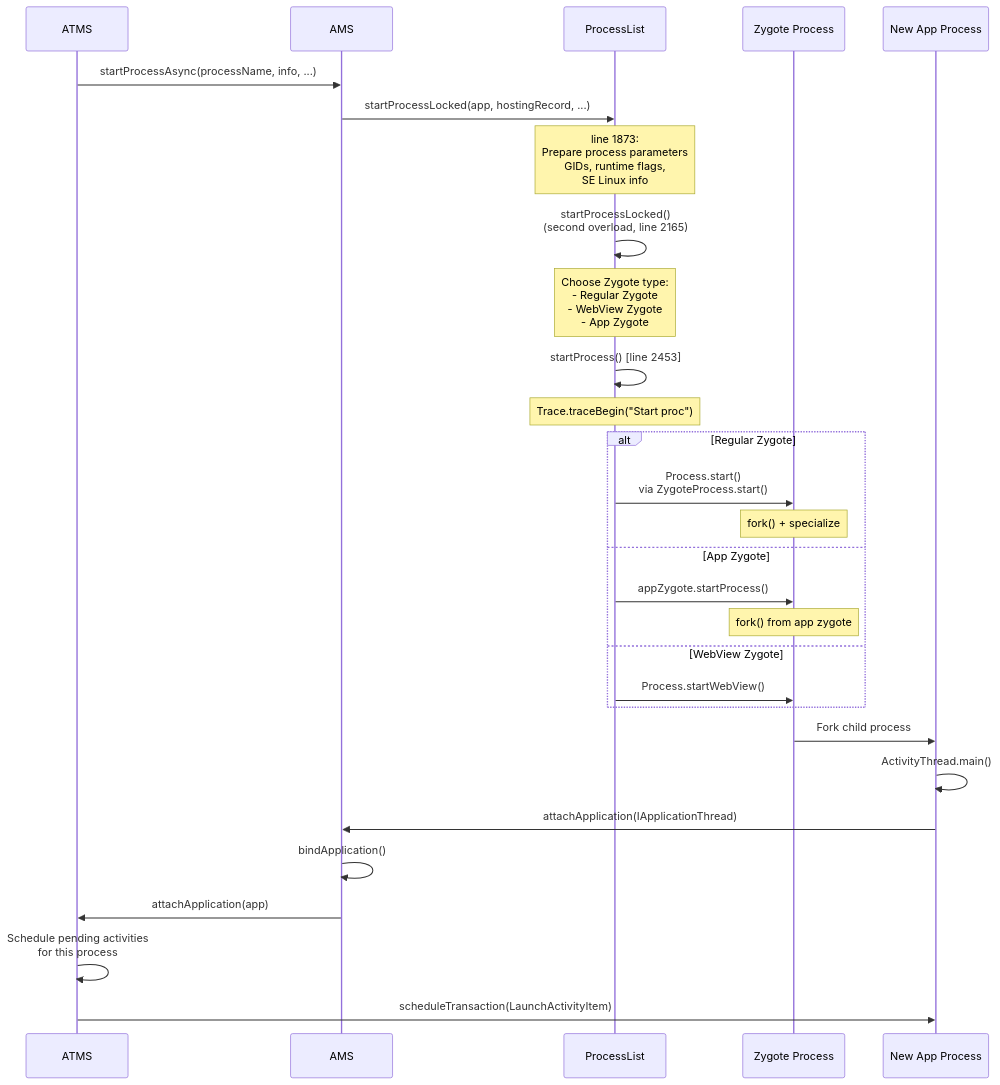
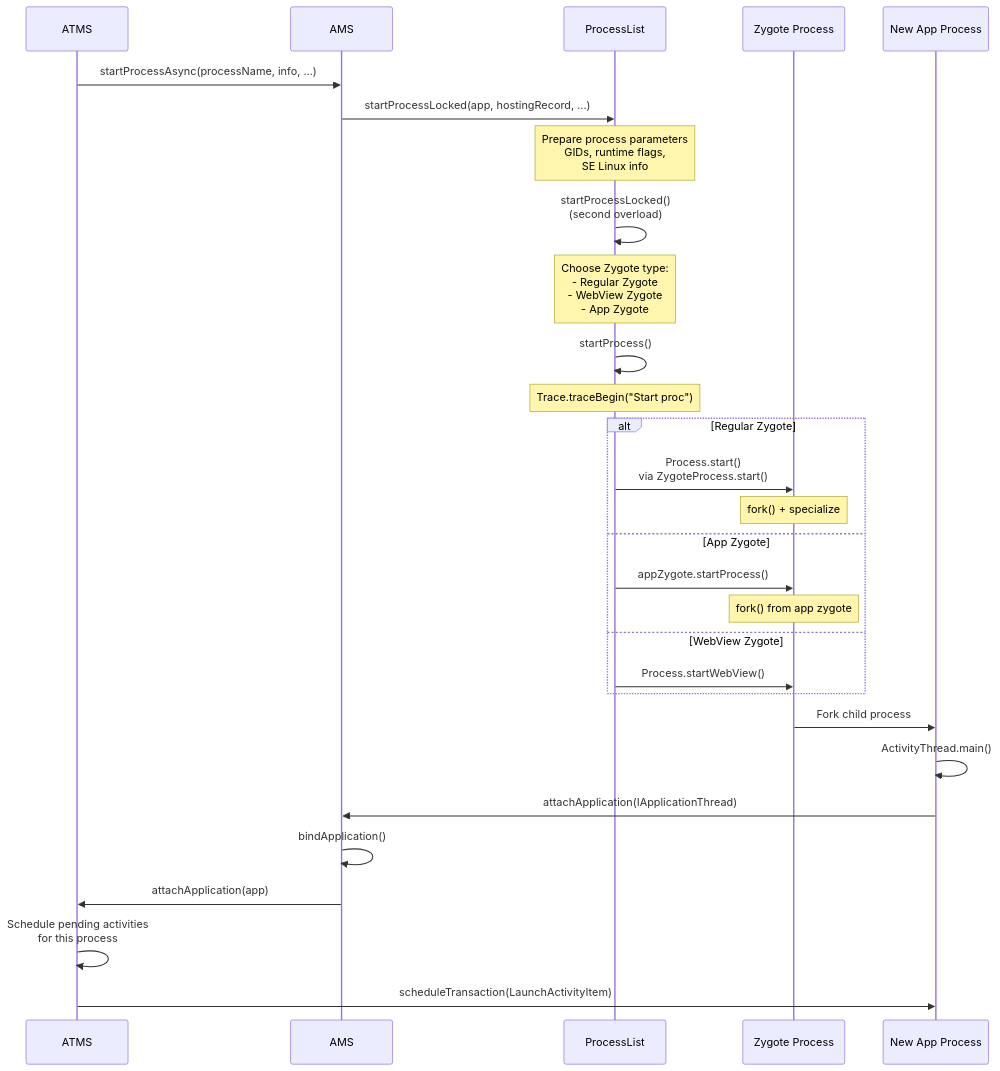
Before and after one commit to aospbooks/aosp-internal-book: diagram 18 of 41 in 22-activity-and-window.md, drawn with Mermaid. The commit also changed other lines of this file, not shown here.

Commit message:
22-activity-and-window: drop line-number annotations from mermaid diagrams

````diff
--- a/22-activity-and-window.md
+++ b/22-activity-and-window.md
@@ -1865,36 +1865,36 @@
 ```mermaid
 sequenceDiagram
     participant ATMS
     participant AMS
     participant PL as ProcessList
     participant Zygote as Zygote Process
     participant New as New App Process
 
     ATMS->>AMS: startProcessAsync(processName, info, ...)
     AMS->>PL: startProcessLocked(app, hostingRecord, ...)
-    Note over PL: line 1873:<br/>Prepare process parameters<br/>GIDs, runtime flags,<br/>SE Linux info
+    Note over PL: Prepare process parameters<br/>GIDs, runtime flags,<br/>SE Linux info
 
-    PL->>PL: startProcessLocked()<br/>(second overload, line 2165)
+    PL->>PL: startProcessLocked()<br/>(second overload)
     Note over PL: Choose Zygote type:<br/>- Regular Zygote<br/>- WebView Zygote<br/>- App Zygote
 
-    PL->>PL: startProcess() [line 2453]
+    PL->>PL: startProcess()
     Note over PL: Trace.traceBegin("Start proc")
 
     alt Regular Zygote
         PL->>Zygote: Process.start()<br/>via ZygoteProcess.start()
         Note over Zygote: fork() + specialize
     else App Zygote
         PL->>Zygote: appZygote.startProcess()
         Note over Zygote: fork() from app zygote
     else WebView Zygote
         PL->>Zygote: Process.startWebView()
     end
 
     Zygote->>New: Fork child process
     New->>New: ActivityThread.main()
     New->>AMS: attachApplication(IApplicationThread)
     AMS->>AMS: bindApplication()
     AMS->>ATMS: attachApplication(app)
     ATMS->>ATMS: Schedule pending activities<br/>for this process
     ATMS->>New: scheduleTransaction(LaunchActivityItem)
 ```
````
